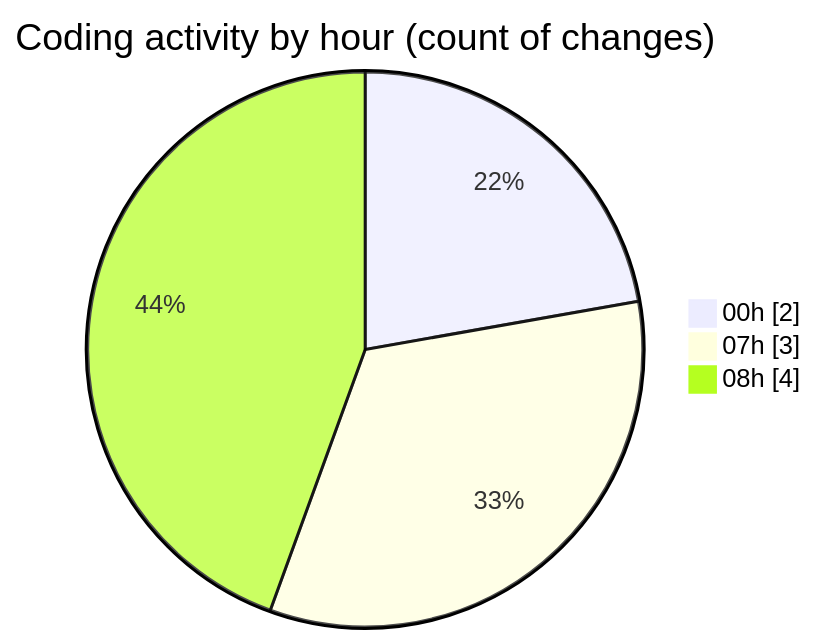
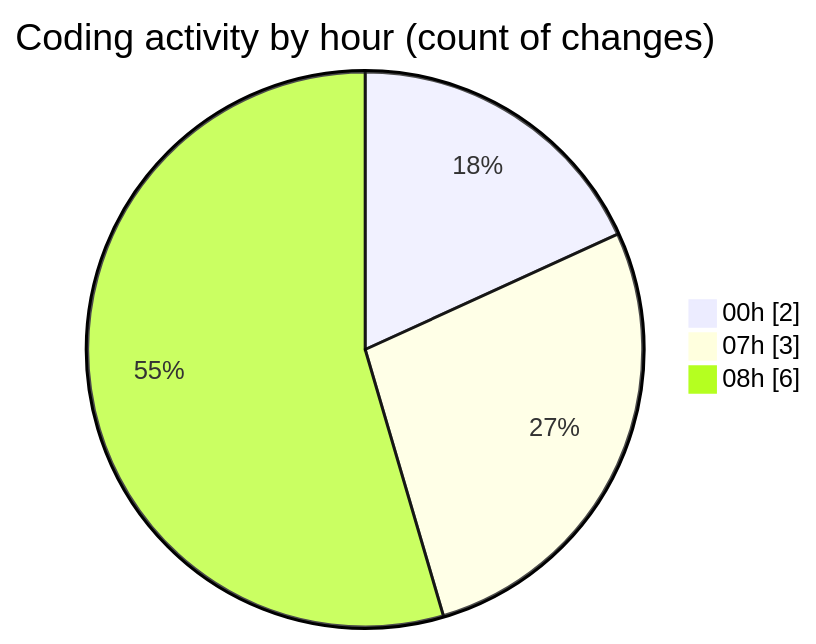
Before and after one commit to donsfak/code-tracking: the second of 2 diagrams in 2025-02-10/maps_clone/README.md, drawn with Mermaid. The commit also changed other lines of this file and 1 other file, not shown here.

````diff
--- a/2025-02-10/maps_clone/README.md
+++ b/2025-02-10/maps_clone/README.md
@@ -31,7 +31,7 @@
 ```mermaid
 pie showData
 title Coding activity by hour (count of changes)
 "00h" : 2
 "07h" : 3
-"08h" : 4
+"08h" : 6
 ```
````
